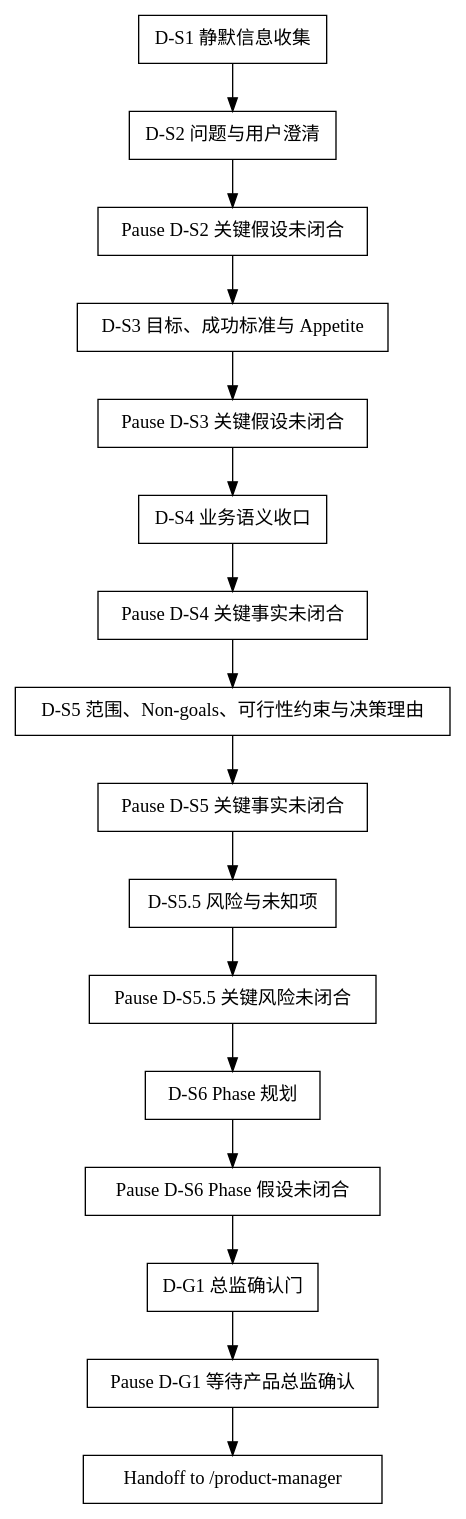
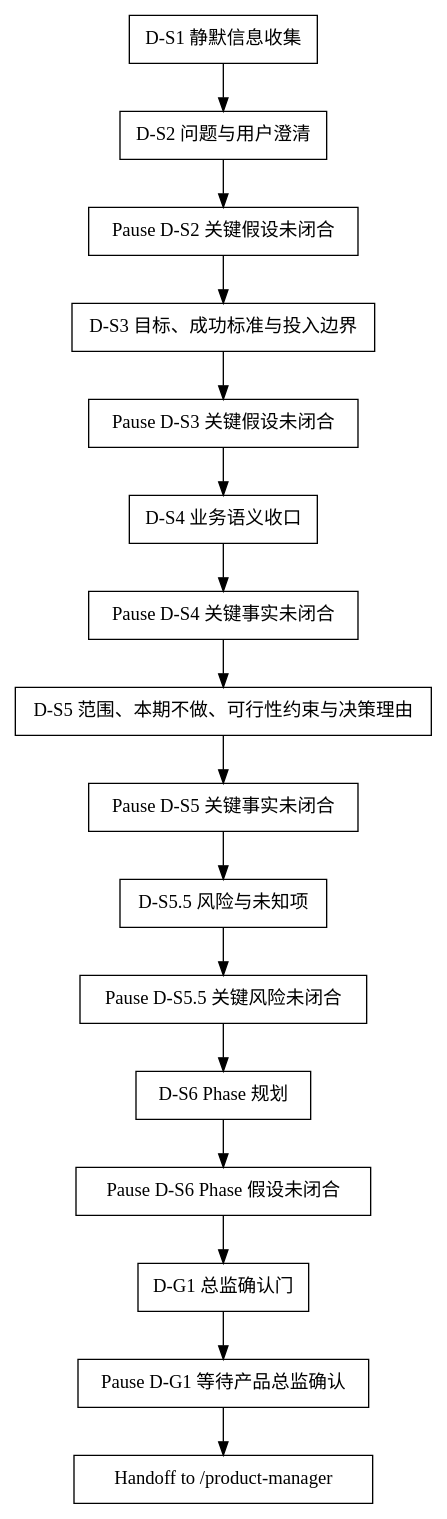
Before and after one commit to jieli-cqwl/org-claude-skills: the diagram in shared/skills/product-director/SKILL.md, drawn with Graphviz. The commit also changed other lines of this file and 19 other files, not shown here.

````diff
--- a/shared/skills/product-director/SKILL.md
+++ b/shared/skills/product-director/SKILL.md
@@ -47,14 +47,14 @@
 ```dot
 digraph product_director_flow {
   rankdir=TB;
   node [shape=box];
   "D-S1 静默信息收集" -> "D-S2 问题与用户澄清";
-  "D-S2 问题与用户澄清" -> "Pause D-S2 关键假设未闭合" -> "D-S3 目标、成功标准与 Appetite";
-  "D-S3 目标、成功标准与 Appetite" -> "Pause D-S3 关键假设未闭合" -> "D-S4 业务语义收口";
-  "D-S4 业务语义收口" -> "Pause D-S4 关键事实未闭合" -> "D-S5 范围、Non-goals、可行性约束与决策理由";
-  "D-S5 范围、Non-goals、可行性约束与决策理由" -> "Pause D-S5 关键事实未闭合" -> "D-S5.5 风险与未知项";
+  "D-S2 问题与用户澄清" -> "Pause D-S2 关键假设未闭合" -> "D-S3 目标、成功标准与投入边界";
+  "D-S3 目标、成功标准与投入边界" -> "Pause D-S3 关键假设未闭合" -> "D-S4 业务语义收口";
+  "D-S4 业务语义收口" -> "Pause D-S4 关键事实未闭合" -> "D-S5 范围、本期不做、可行性约束与决策理由";
+  "D-S5 范围、本期不做、可行性约束与决策理由" -> "Pause D-S5 关键事实未闭合" -> "D-S5.5 风险与未知项";
   "D-S5.5 风险与未知项" -> "Pause D-S5.5 关键风险未闭合" -> "D-S6 Phase 规划";
   "D-S6 Phase 规划" -> "Pause D-S6 Phase 假设未闭合" -> "D-G1 总监确认门";
   "D-G1 总监确认门" -> "Pause D-G1 等待产品总监确认" -> "Handoff to /product-manager";
 }
 ```
````
